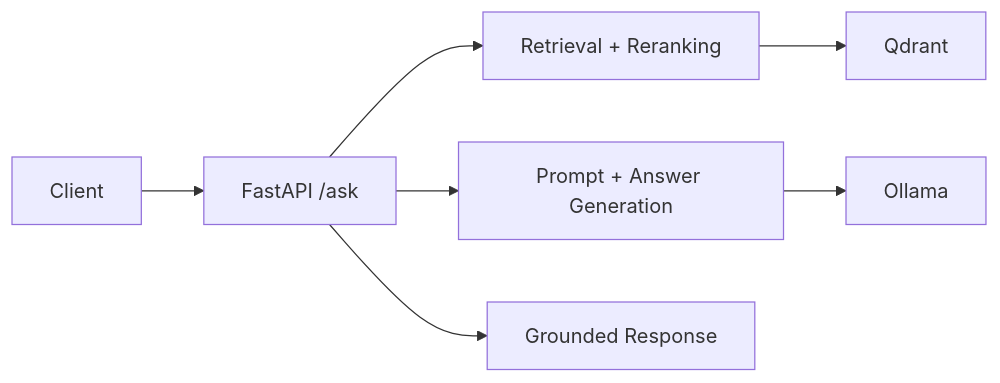
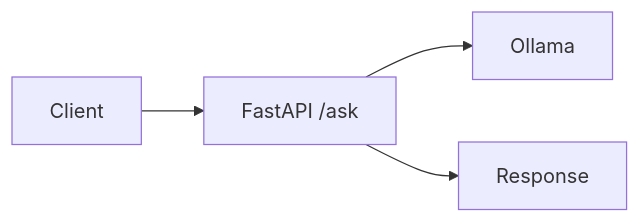
The first of 2 diagrams in docs/project-walkthrough.md (ialpay/enterprise-genai-platform), drawn with Mermaid before and after one commit. The commit also changed other lines of this file and 1 other file, not shown here.

````diff
--- a/docs/project-walkthrough.md
+++ b/docs/project-walkthrough.md
@@ -25,9 +33,6 @@
 ```mermaid
 flowchart LR
   client[Client] --> api[FastAPI /ask]
-  api --> retrieval[Retrieval + Reranking]
-  retrieval --> qdrant[Qdrant]
-  api --> prompt[Prompt + Answer Generation]
-  prompt --> ollama[Ollama]
-  api --> response[Grounded Response]
+  api --> ollama[Ollama]
+  api --> response[Response]
 ```
````
